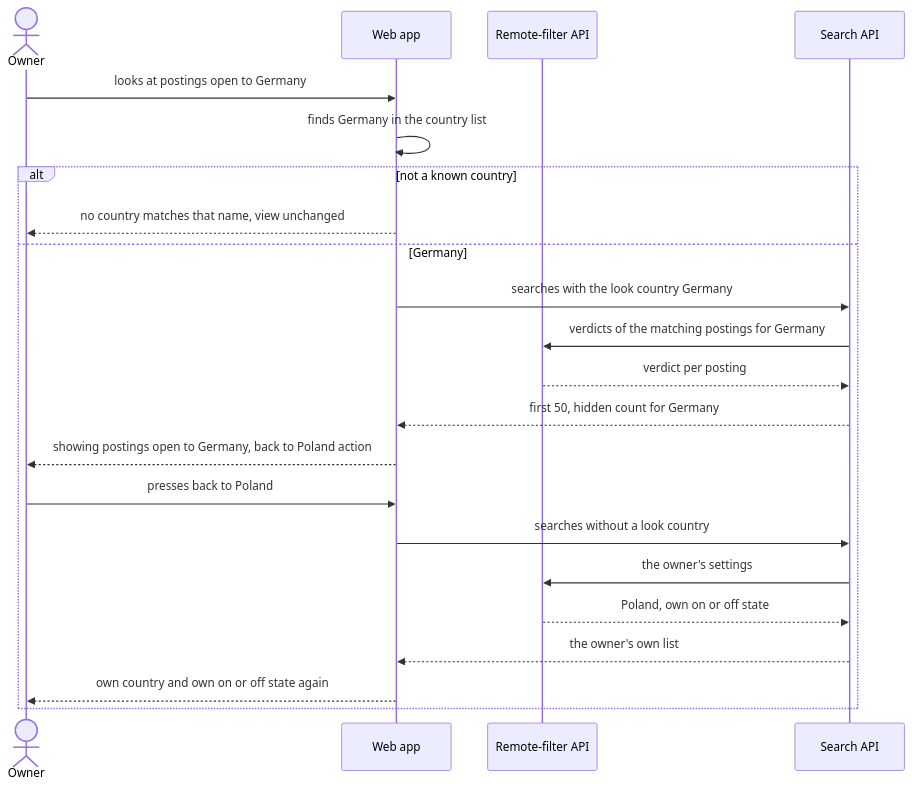
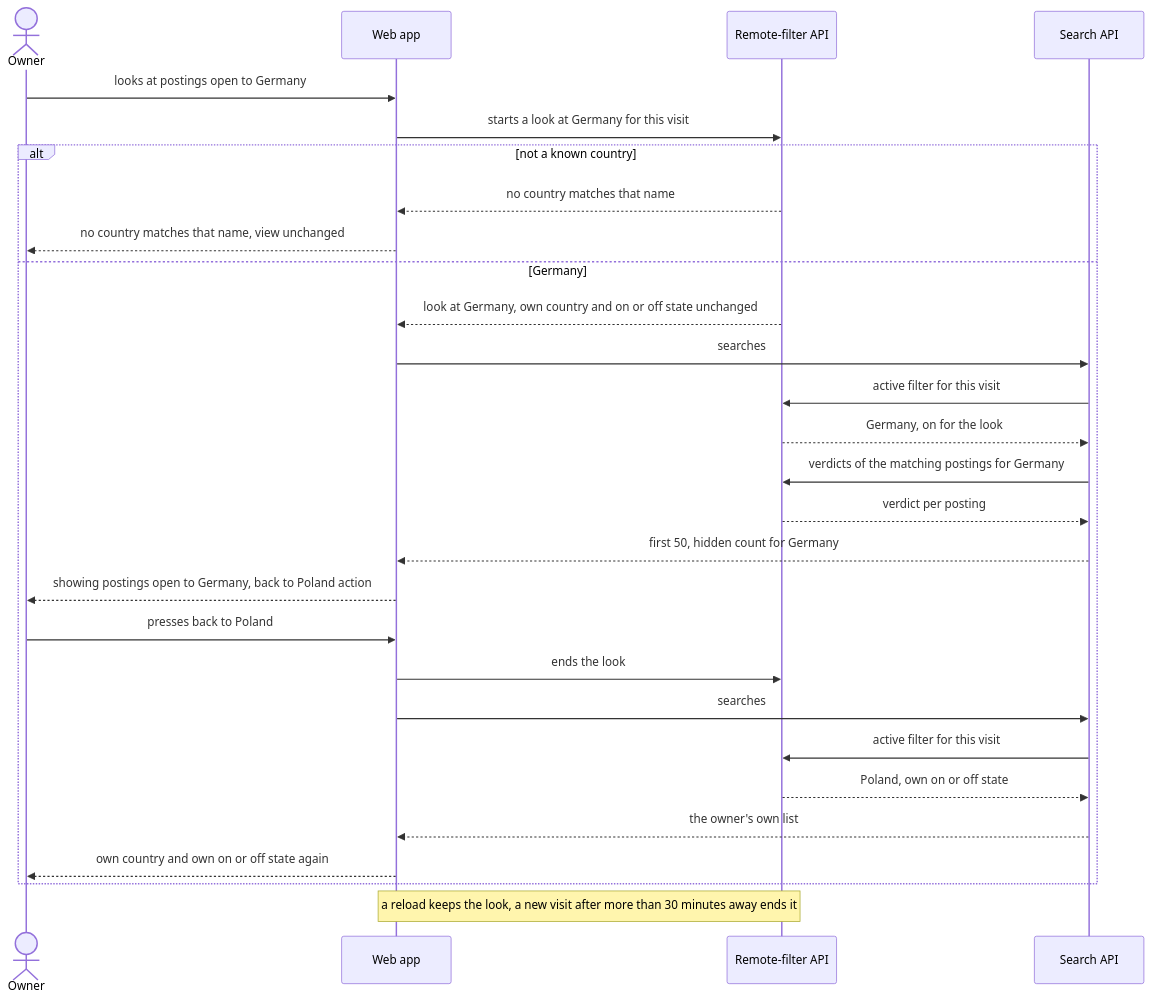
The fourth of 4 diagrams in docs/features/remote-filter/sad.md (DeveloperFromUkraine/job-radar), drawn with Mermaid before and after one commit. The commit also changed other lines of this file and 2 other files, not shown here.

First line of the commit message:
design: remote-filter finalization (critic pass)

````diff
--- a/docs/features/remote-filter/sad.md
+++ b/docs/features/remote-filter/sad.md
@@ -263,25 +265,31 @@
 ```mermaid
 sequenceDiagram
     actor Owner
     participant Web as Web app
     participant RF as Remote-filter API
     participant Search as Search API
 
     Owner->>Web: looks at postings open to Germany
-    Web->>Web: finds Germany in the country list
+    Web->>RF: starts a look at Germany for this visit
     alt not a known country
+        RF-->>Web: no country matches that name
         Web-->>Owner: no country matches that name, view unchanged
     else Germany
-        Web->>Search: searches with the look country Germany
+        RF-->>Web: look at Germany, own country and on or off state unchanged
+        Web->>Search: searches
+        Search->>RF: active filter for this visit
+        RF-->>Search: Germany, on for the look
         Search->>RF: verdicts of the matching postings for Germany
         RF-->>Search: verdict per posting
         Search-->>Web: first 50, hidden count for Germany
         Web-->>Owner: showing postings open to Germany, back to Poland action
         Owner->>Web: presses back to Poland
-        Web->>Search: searches without a look country
-        Search->>RF: the owner's settings
+        Web->>RF: ends the look
+        Web->>Search: searches
+        Search->>RF: active filter for this visit
         RF-->>Search: Poland, own on or off state
         Search-->>Web: the owner's own list
         Web-->>Owner: own country and own on or off state again
     end
+    Note over Web,RF: a reload keeps the look, a new visit after more than 30 minutes away ends it
 ```
````
